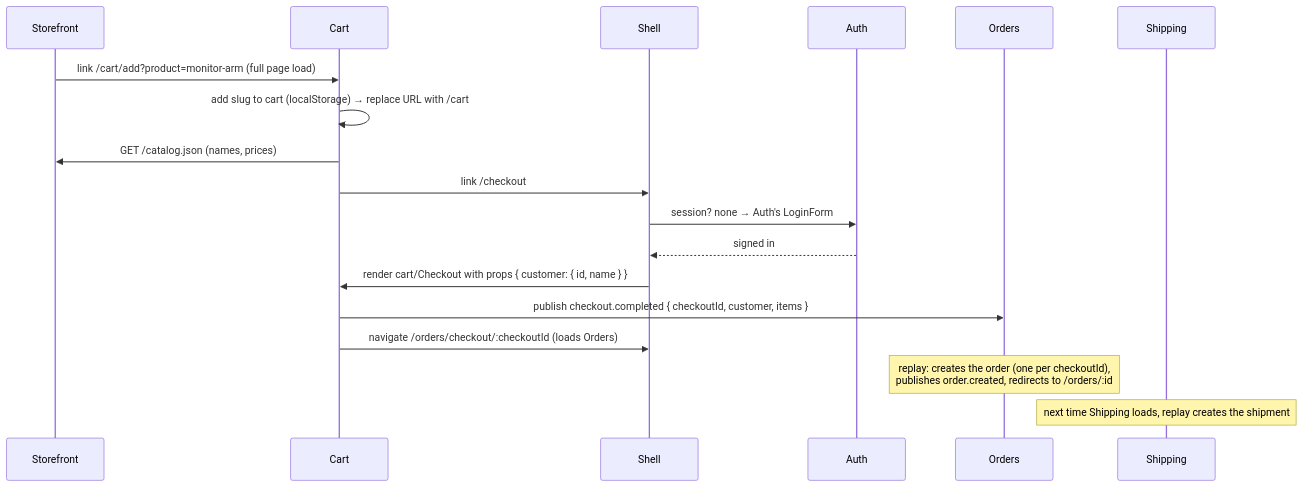
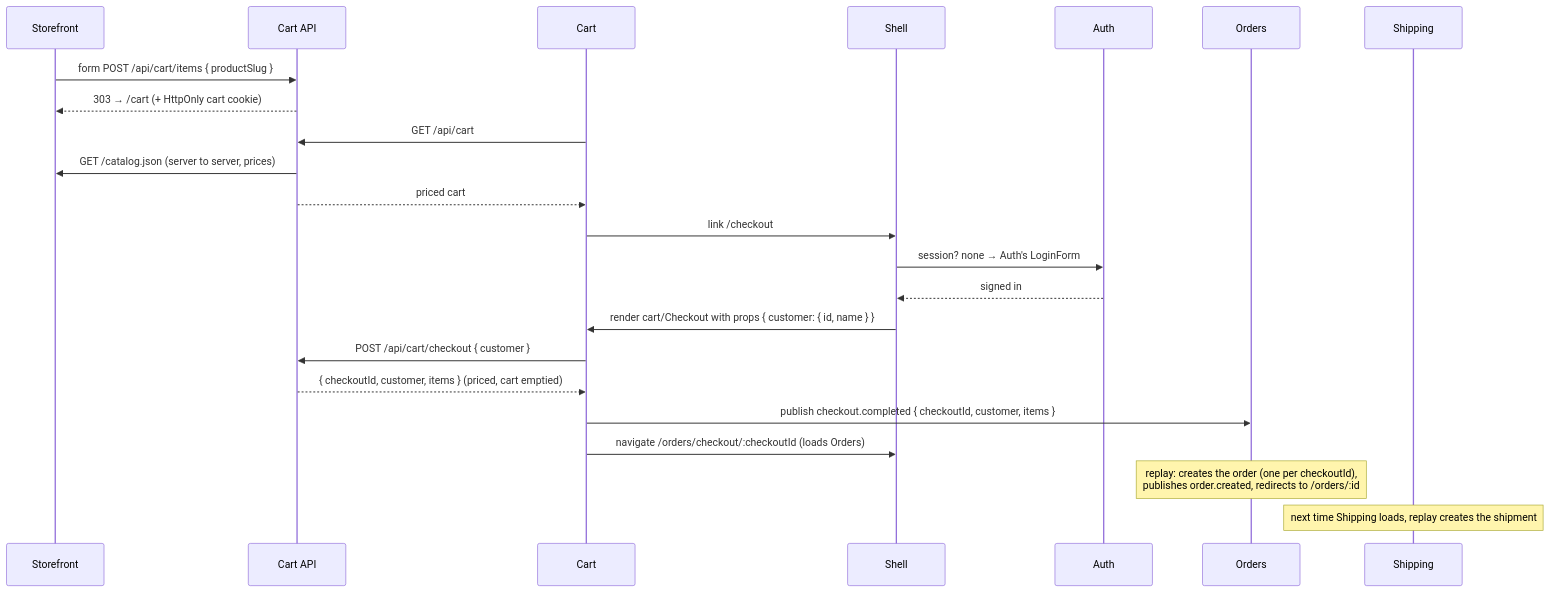
The fourth of 4 diagrams in micro-shop/docs/developer-overview.md (alireza-akbarzadeh/mciro), drawn with Mermaid before and after one commit. The commit also changed other lines of this file and 56 other files, not shown here.

````diff
--- a/micro-shop/docs/developer-overview.md
+++ b/micro-shop/docs/developer-overview.md
@@ -507,21 +588,26 @@
 ```mermaid
 sequenceDiagram
     participant SF as Storefront
+    participant API as Cart API
     participant C as Cart
     participant Sh as Shell
     participant A as Auth
     participant O as Orders
     participant S as Shipping
 
-    SF->>C: link /cart/add?product=monitor-arm (full page load)
-    C->>C: add slug to cart (localStorage) → replace URL with /cart
-    C->>SF: GET /catalog.json (names, prices)
+    SF->>API: form POST /api/cart/items { productSlug }
+    API-->>SF: 303 → /cart (+ HttpOnly cart cookie)
+    C->>API: GET /api/cart
+    API->>SF: GET /catalog.json (server to server, prices)
+    API-->>C: priced cart
     C->>Sh: link /checkout
     Sh->>A: session? none → Auth's LoginForm
     A-->>Sh: signed in
     Sh->>C: render cart/Checkout with props { customer: { id, name } }
+    C->>API: POST /api/cart/checkout { customer }
+    API-->>C: { checkoutId, customer, items } (priced, cart emptied)
     C->>O: publish checkout.completed { checkoutId, customer, items }
     C->>Sh: navigate /orders/checkout/:checkoutId (loads Orders)
     Note over O: replay: creates the order (one per checkoutId),<br/>publishes order.created, redirects to /orders/:id
     Note over S: next time Shipping loads, replay creates the shipment
 ```
````
